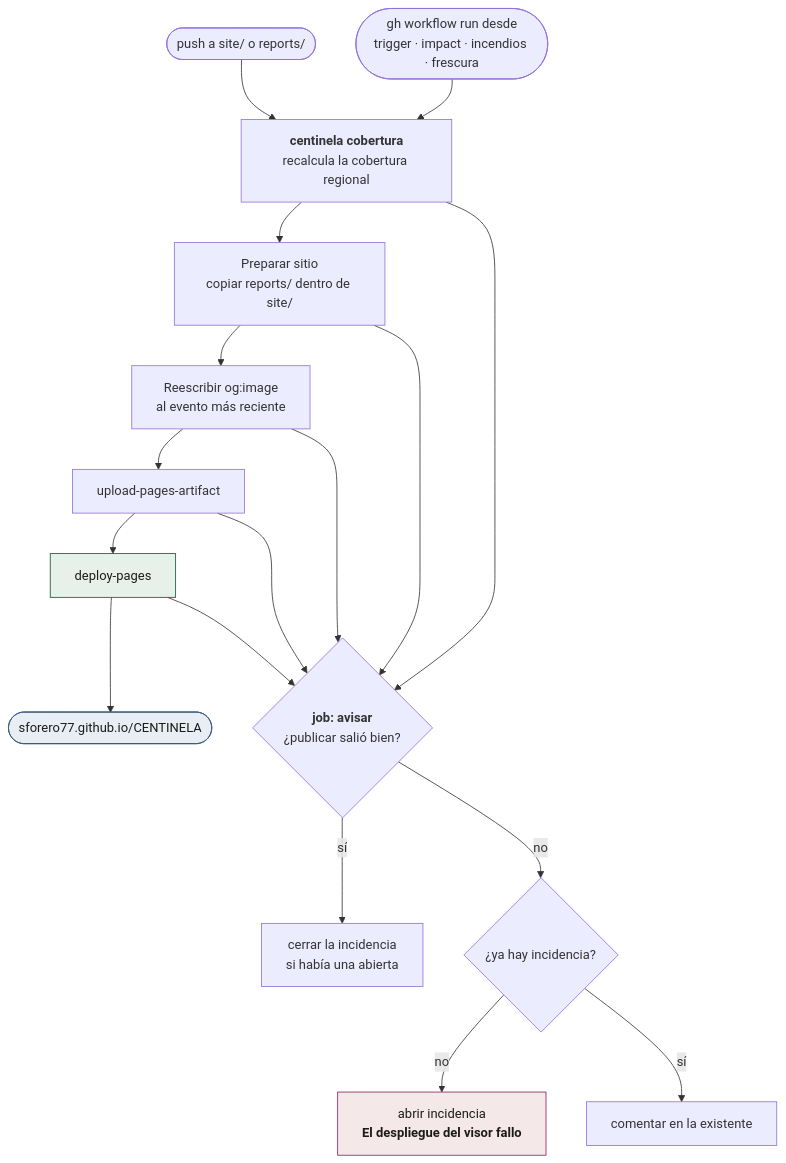
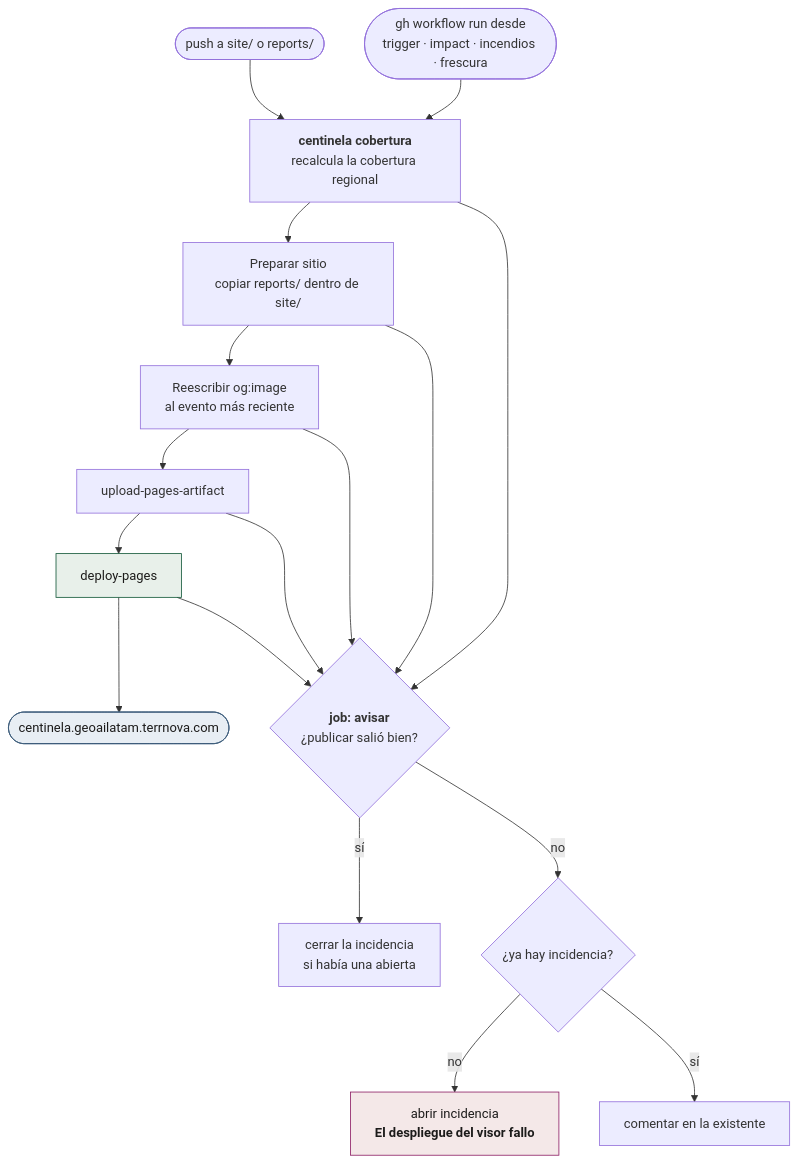
Before and after one commit to sforero77/CENTINELA: the fourth of 15 diagrams in docs/acciones/por-reloj.md, drawn with Mermaid. The commit also changed 10 other files, not shown here.

First line of the commit message:
dominio: el visor pasa a centinela.geoailatam.terrnova.com

````diff
--- a/docs/acciones/por-reloj.md
+++ b/docs/acciones/por-reloj.md
@@ -214,21 +214,21 @@
 ```mermaid
 flowchart TB
   T1(["push a site/ o reports/"]) --> COB
   T2(["gh workflow run desde<br/>trigger · impact · incendios · frescura"]) --> COB
 
   COB["<b>centinela cobertura</b><br/>recalcula la cobertura regional"] --> PREP["Preparar sitio<br/>copiar reports/ dentro de site/"]
   PREP --> OG["Reescribir og:image<br/>al evento más reciente"]
   OG --> ART["upload-pages-artifact"]
   ART --> DEP["deploy-pages"]
-  DEP --> PAGES(["sforero77.github.io/CENTINELA"])
+  DEP --> PAGES(["centinela.geoailatam.terrnova.com"])
 
   COB & PREP & OG & ART & DEP --> AV{"<b>job: avisar</b><br/>¿publicar salió bien?"}
   AV -->|sí| CIERRA["cerrar la incidencia<br/>si había una abierta"]
   AV -->|no| DEDUP{"¿ya hay incidencia?"}
   DEDUP -->|no| NUEVA["abrir incidencia<br/><b>El despliegue del visor fallo</b>"]
   DEDUP -->|sí| COMENT["comentar en la existente"]
 
   style DEP fill:#e8f0ea,stroke:#0f5636,color:#1c1b1a
   style PAGES fill:#e8eef4,stroke:#3a5a78,color:#1c1b1a
   style NUEVA fill:#f4e8e8,stroke:#8c1d64,color:#1c1b1a
 ```
````
